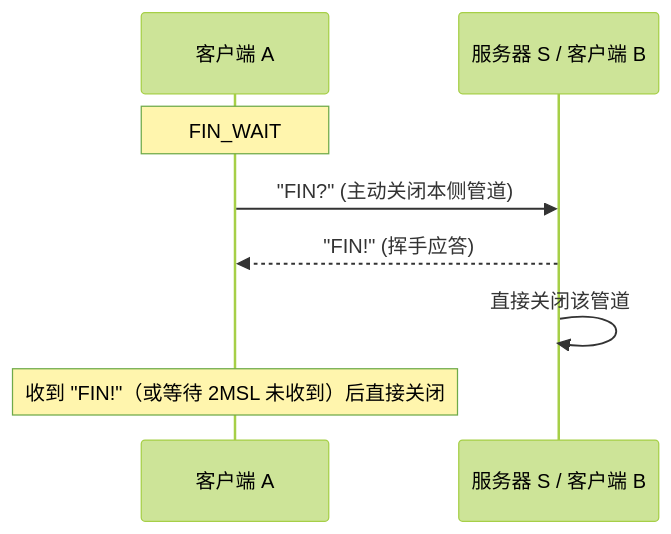
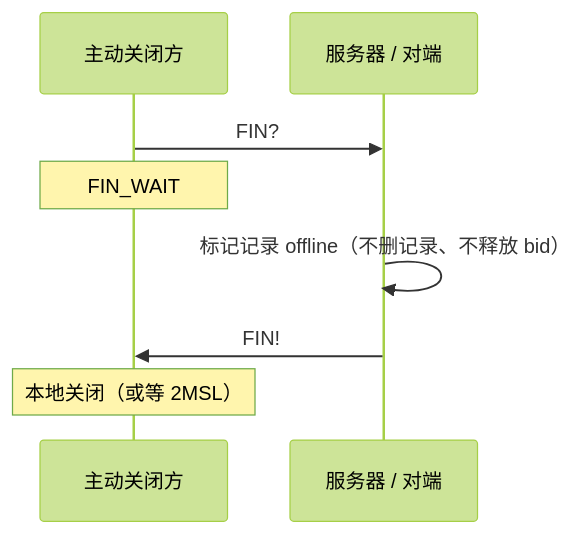
The third of 4 diagrams in docs/workflow.md (moky/magpie), drawn with Mermaid (forest theme) before and after one commit. The commit also changed other lines of this file and 7 other files, not shown here.

````diff
--- a/docs/workflow.md
+++ b/docs/workflow.md
@@ -106,11 +92,10 @@
 ```mermaid
 sequenceDiagram
-    participant A as 客户端 A
-    participant B as 服务器 S / 客户端 B
-
+    participant A as 主动关闭方
+    participant S as 服务器 / 对端
+    A->>S: FIN?
     Note over A: FIN_WAIT
-    A->>B: "FIN?" (主动关闭本侧管道)
-    B-->>A: "FIN!" (挥手应答)
-    B->>B: 直接关闭该管道
-    Note over A: 收到 "FIN!"（或等待 2MSL 未收到）后直接关闭
+    S->>S: 标记记录 offline（不删记录、不释放 bid）
+    S->>A: FIN!
+    Note over A: 本地关闭（或等 2MSL）
 ```
````
